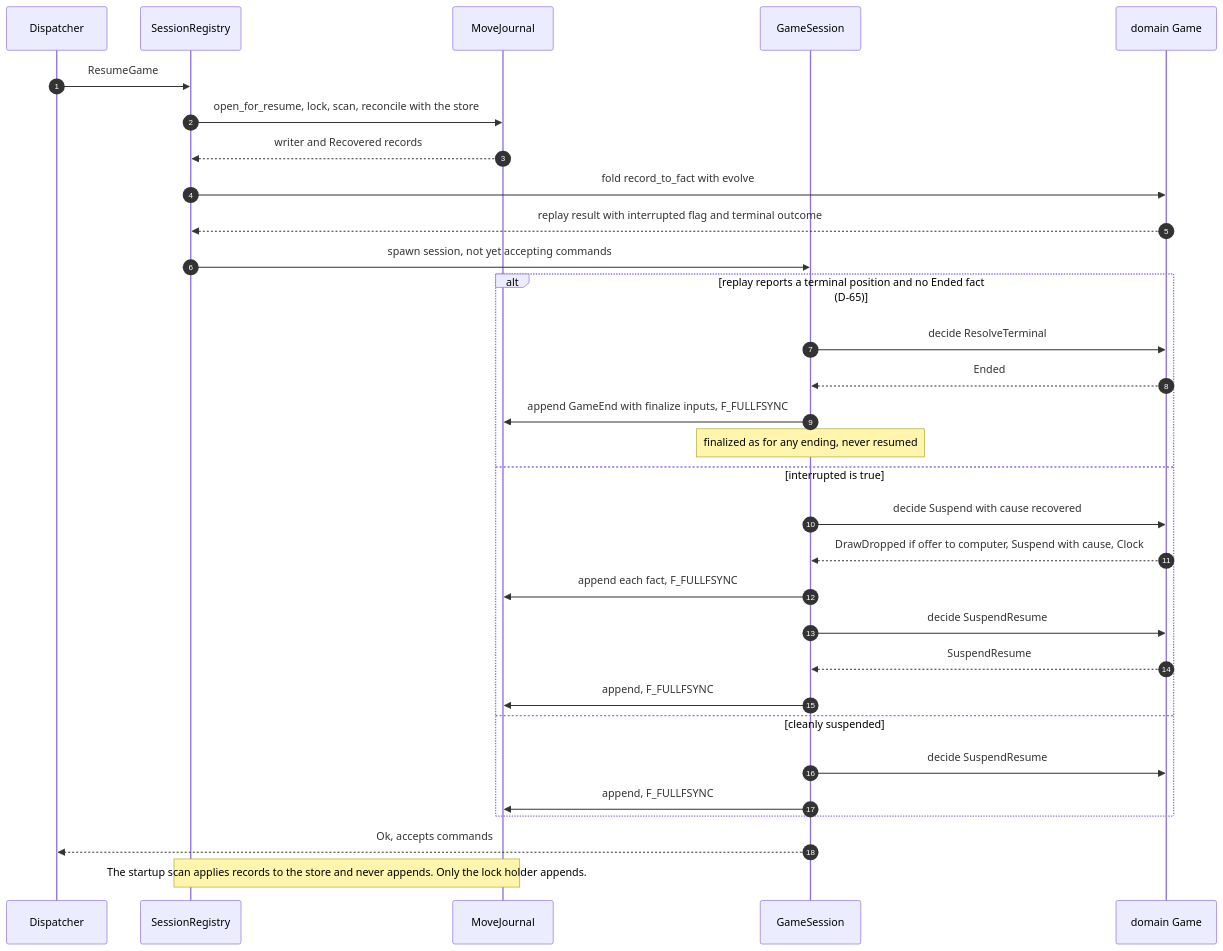
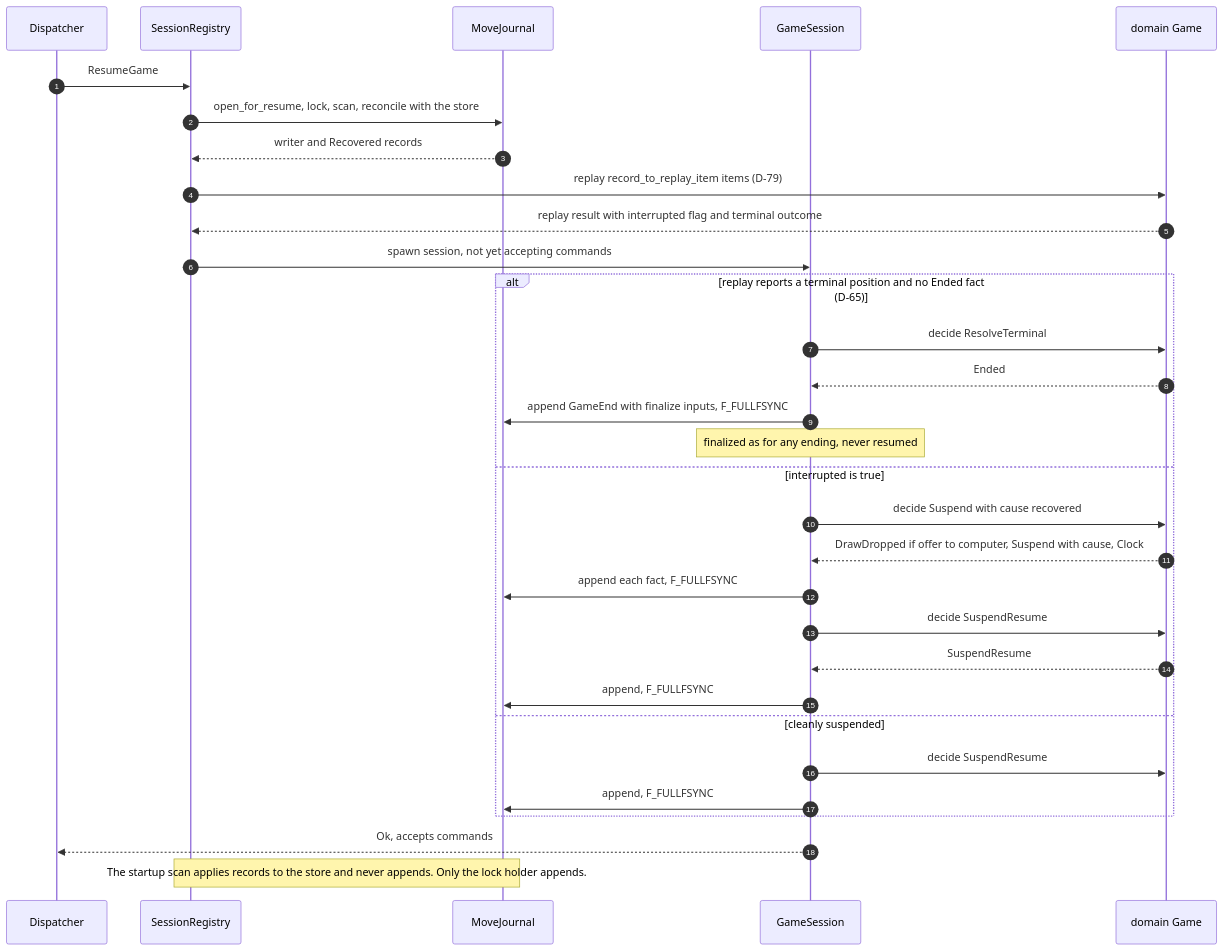
Diagram 12 of 15 in docs/design/SDD-chess-app.md (bprascher/chess), drawn with Mermaid before and after one commit. The commit also changed other lines of this file and 10 other files, not shown here.

````diff
--- a/docs/design/SDD-chess-app.md
+++ b/docs/design/SDD-chess-app.md
@@ -729,33 +735,33 @@
 ```mermaid
 sequenceDiagram
     autonumber
     participant D as Dispatcher
     participant RG as SessionRegistry
     participant J as MoveJournal
     participant GS as GameSession
     participant G as domain Game
     D->>RG: ResumeGame
     RG->>J: open_for_resume, lock, scan, reconcile with the store
     J-->>RG: writer and Recovered records
-    RG->>G: fold record_to_fact with evolve
+    RG->>G: replay record_to_replay_item items (D-79)
     G-->>RG: replay result with interrupted flag and terminal outcome
     RG->>GS: spawn session, not yet accepting commands
     alt replay reports a terminal position and no Ended fact (D-65)
         GS->>G: decide ResolveTerminal
         G-->>GS: Ended
         GS->>J: append GameEnd with finalize inputs, F_FULLFSYNC
         Note over GS: finalized as for any ending, never resumed
     else interrupted is true
         GS->>G: decide Suspend with cause recovered
         G-->>GS: DrawDropped if offer to computer, Suspend with cause, Clock
         GS->>J: append each fact, F_FULLFSYNC
         GS->>G: decide SuspendResume
         G-->>GS: SuspendResume
         GS->>J: append, F_FULLFSYNC
     else cleanly suspended
         GS->>G: decide SuspendResume
         GS->>J: append, F_FULLFSYNC
     end
     GS-->>D: Ok, accepts commands
     Note over RG,J: The startup scan applies records to the store and never appends. Only the lock holder appends.
 ```
````
